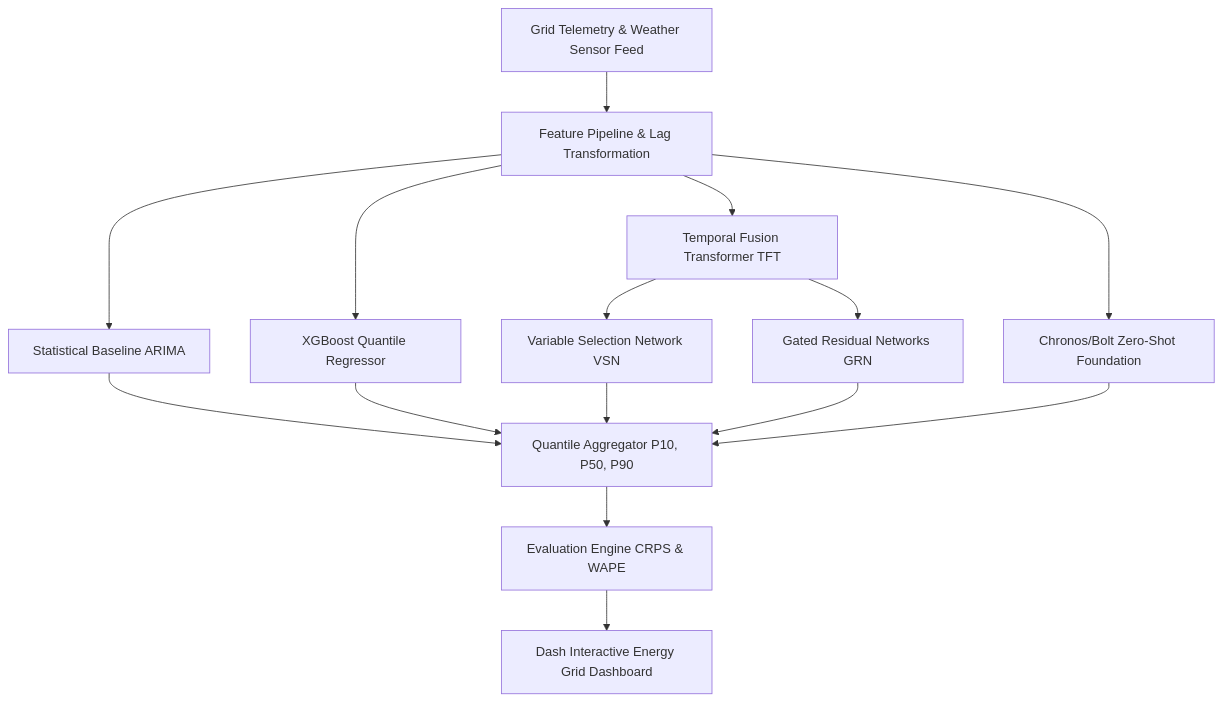
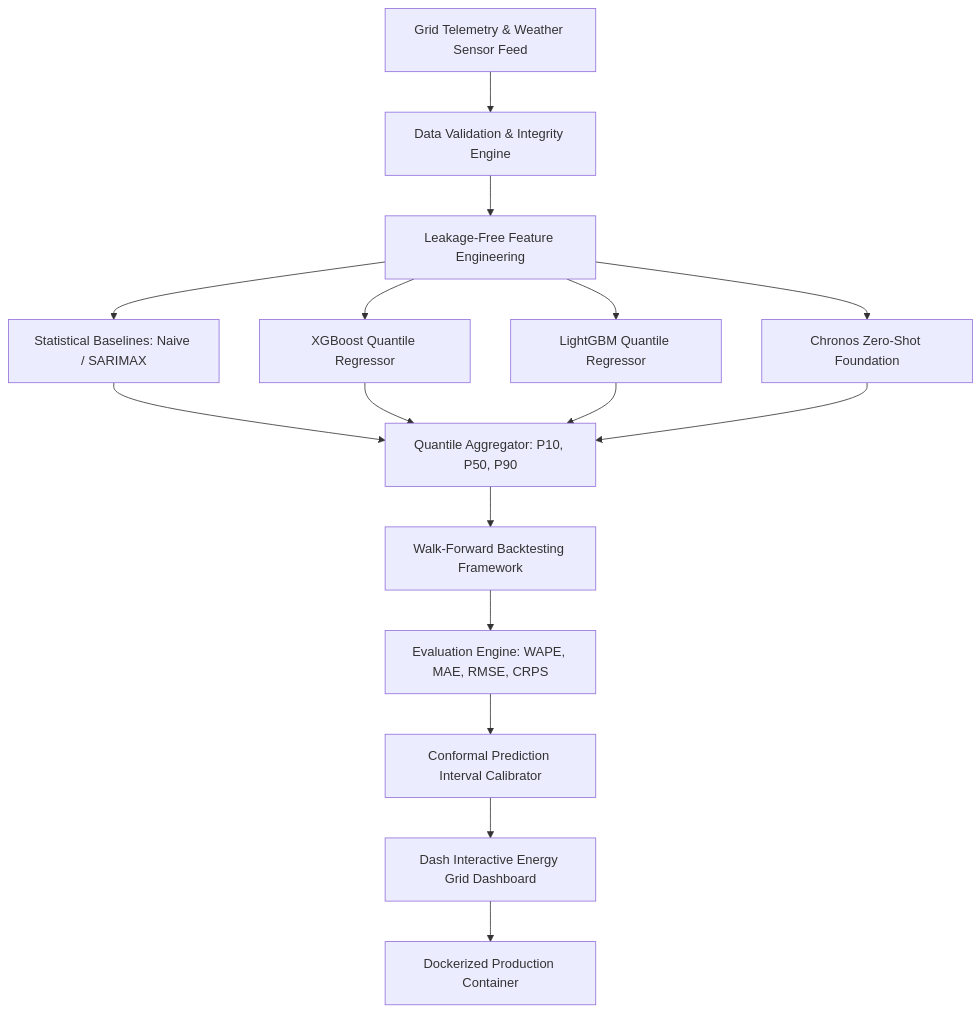
Before and after one commit to palomabasfer/renewable-energy-forecasting: the diagram in README.md, drawn with Mermaid. The commit also changed other lines of this file and 3 other files, not shown here.

Commit message:
docs: rewrite README and add architecture, methodology, model card, and data dictionary

````diff
--- a/README.md
+++ b/README.md
@@ -13,17 +14,20 @@
 ```mermaid
 flowchart TD
-    A[Grid Telemetry & Weather Sensor Feed] --> B[Feature Pipeline & Lag Transformation]
-    B --> C[Statistical Baseline ARIMA]
-    B --> D[XGBoost Quantile Regressor]
-    B --> E[Temporal Fusion Transformer TFT]
-    B --> F[Chronos/Bolt Zero-Shot Foundation]
-    E --> G[Variable Selection Network VSN]
-    E --> H[Gated Residual Networks GRN]
-    C --> I[Quantile Aggregator P10, P50, P90]
-    D --> I
-    G --> I
-    H --> I
-    F --> I
-    I --> J[Evaluation Engine CRPS & WAPE]
-    J --> K[Dash Interactive Energy Grid Dashboard]
+    A[Grid Telemetry & Weather Sensor Feed] --> B[Data Validation & Integrity Engine]
+    B --> C[Leakage-Free Feature Engineering]
+    C --> D1[Statistical Baselines: Naive / SARIMAX]
+    C --> D2[XGBoost Quantile Regressor]
+    C --> D3[LightGBM Quantile Regressor]
+    C --> D4[Chronos Zero-Shot Foundation]
+    
+    D1 --> E[Quantile Aggregator: P10, P50, P90]
+    D2 --> E
+    D3 --> E
+    D4 --> E
+    
+    E --> F[Walk-Forward Backtesting Framework]
+    F --> G[Evaluation Engine: WAPE, MAE, RMSE, CRPS]
+    G --> H[Conformal Prediction Interval Calibrator]
+    H --> I[Dash Interactive Energy Grid Dashboard]
+    I --> J[Dockerized Production Container]
 ```
````
